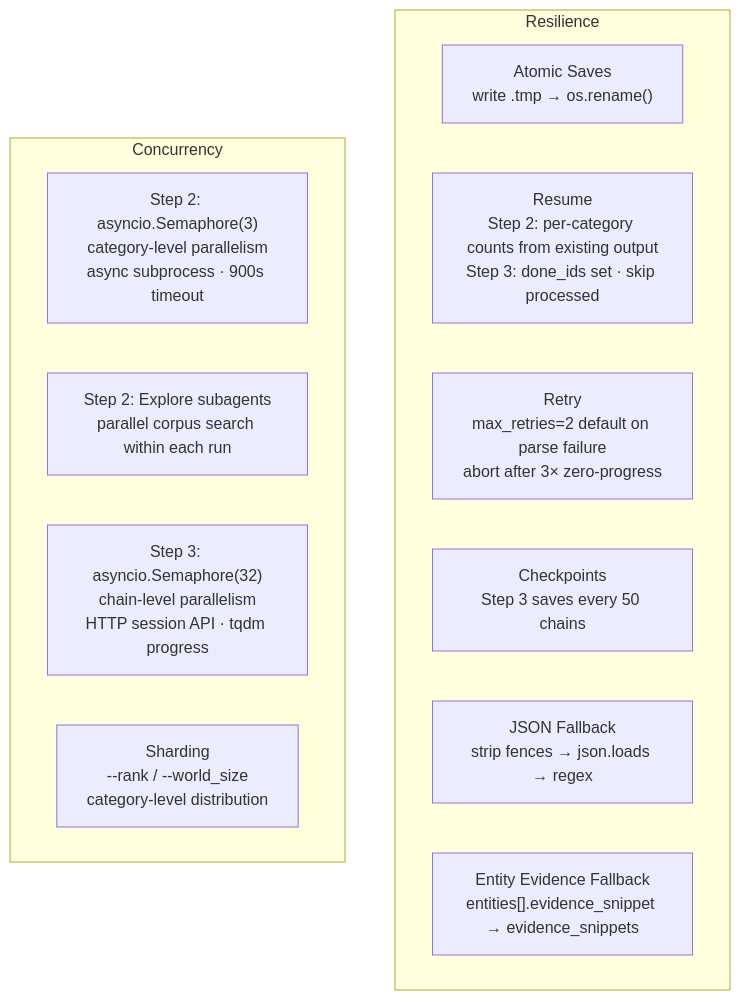
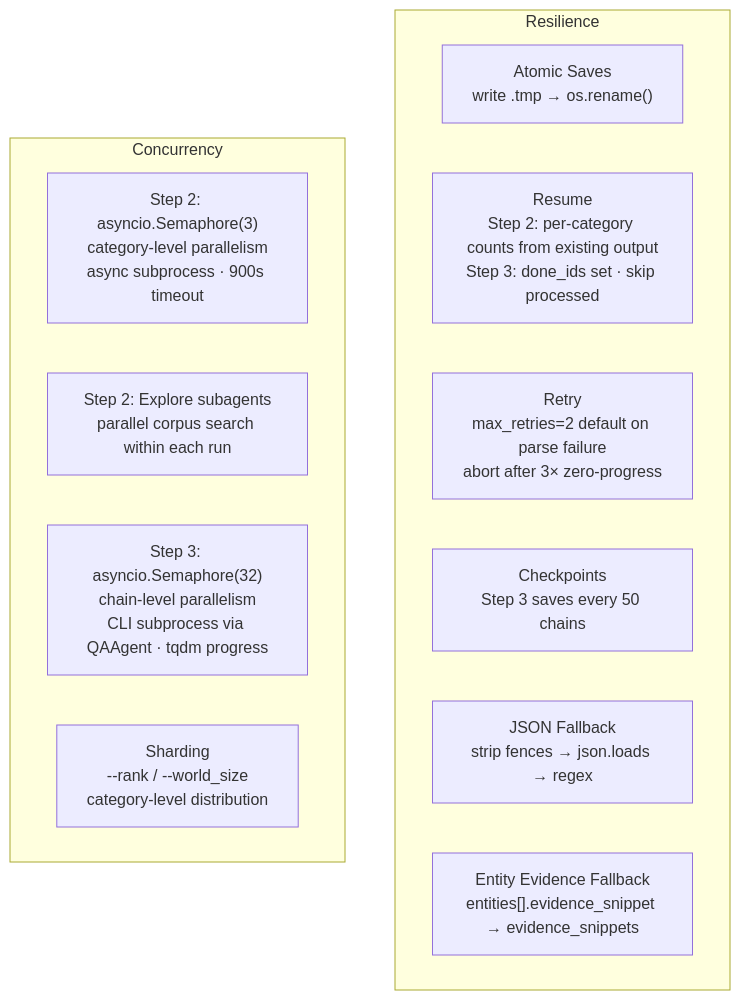
Before and after one commit to magic-data-ops/chunker: the seventh of 9 diagrams in architecture.md, drawn with Mermaid. The commit also changed other lines of this file, not shown here.

````diff
--- a/architecture.md
+++ b/architecture.md
@@ -272,18 +284,18 @@
 ```mermaid
 flowchart TB
     subgraph RESILIENCE["Resilience"]
         AT["Atomic Saves<br/>write .tmp → os.rename()"]
         RE["Resume<br/>Step 2: per-category counts from existing output<br/>Step 3: done_ids set · skip processed"]
         RT["Retry<br/>max_retries=2 default on parse failure<br/>abort after 3× zero-progress"]
         CK["Checkpoints<br/>Step 3 saves every 50 chains"]
         JF["JSON Fallback<br/>strip fences → json.loads → regex"]
         EF["Entity Evidence Fallback<br/>entities[].evidence_snippet → evidence_snippets"]
     end
 
     subgraph CONCURRENCY["Concurrency"]
         S2C["Step 2: asyncio.Semaphore(3)<br/>category-level parallelism<br/>async subprocess · 900s timeout"]
         S2SA["Step 2: Explore subagents<br/>parallel corpus search within each run"]
-        S3C["Step 3: asyncio.Semaphore(32)<br/>chain-level parallelism<br/>HTTP session API · tqdm progress"]
+        S3C["Step 3: asyncio.Semaphore(32)<br/>chain-level parallelism<br/>CLI subprocess via QAAgent · tqdm progress"]
         SH["Sharding<br/>--rank / --world_size<br/>category-level distribution"]
     end
 ```
````
